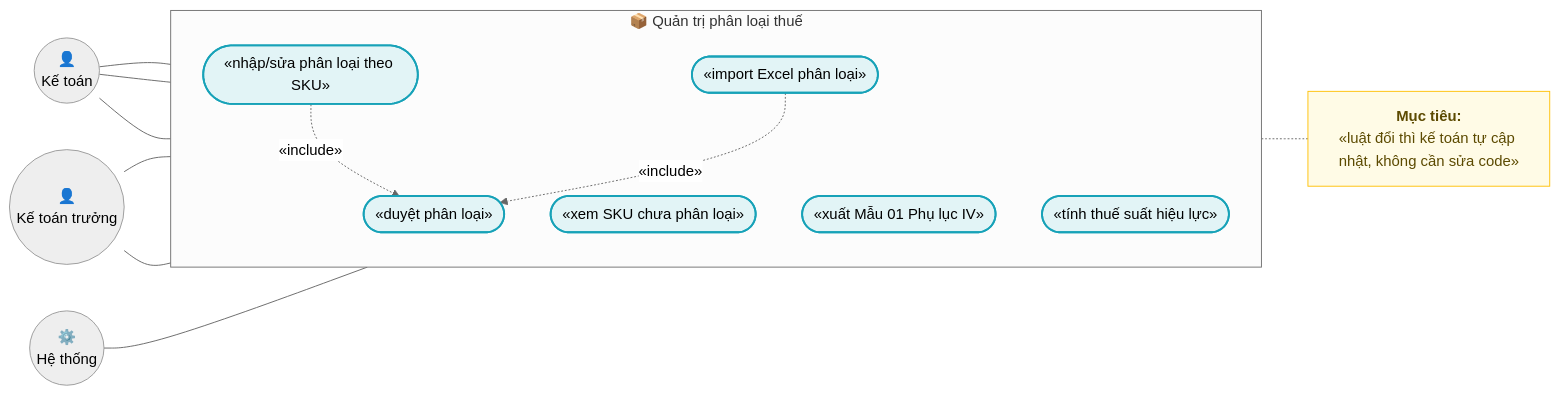
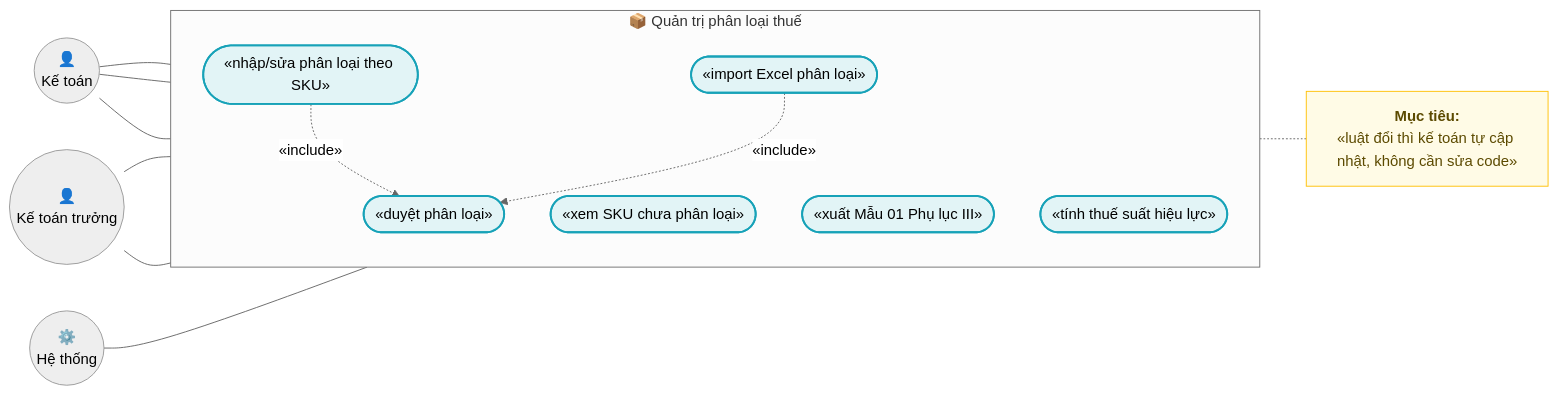
Before and after one commit to hungnt9801/eCommerce: the first of 5 diagrams in docs/features/XC-006-phan-loai-thue-gtgt.md, drawn with Mermaid (neutral theme). The commit also changed other lines of this file, not shown here.

````diff
--- a/docs/features/XC-006-phan-loai-thue-gtgt.md
+++ b/docs/features/XC-006-phan-loai-thue-gtgt.md
@@ -79,34 +84,34 @@
 ```mermaid
 flowchart LR
     classDef actor fill:#d4edda,stroke:#155724,stroke-width:2px;
     classDef usecase fill:#e2f4f6,stroke:#17a2b8,stroke-width:2px;
     classDef note fill:#fffbe6,stroke:#ffc107,stroke-width:1px,color:#5c4a00;
 
     KT(("👤<br/>Kế toán"))
     KTT(("👤<br/>Kế toán trưởng"))
     HT(("⚙️<br/>Hệ thống"))
 
     subgraph Tax["📦 Quản trị phân loại thuế"]
         direction TB
         UC1(["«import Excel phân loại»"])
         UC2(["«nhập/sửa phân loại theo SKU»"])
         UC3(["«duyệt phân loại»"])
         UC4(["«xem SKU chưa phân loại»"])
-        UC5(["«xuất Mẫu 01 Phụ lục IV»"])
+        UC5(["«xuất Mẫu 01 Phụ lục III»"])
         UC6(["«tính thuế suất hiệu lực»"])
         class UC1,UC2,UC3,UC4,UC5,UC6 usecase;
     end
 
     N1["<b>Mục tiêu:</b><br/>«luật đổi thì kế toán tự cập nhật, không cần sửa code»"]
     class N1 note;
 
     KT --- UC1
     KT --- UC2
     KT --- UC4
     KTT --- UC3
     KTT --- UC5
     HT --- UC6
     UC2 -. "«include»" .-> UC3
     UC1 -. "«include»" .-> UC3
     UC6 -.- N1
 ```
````
